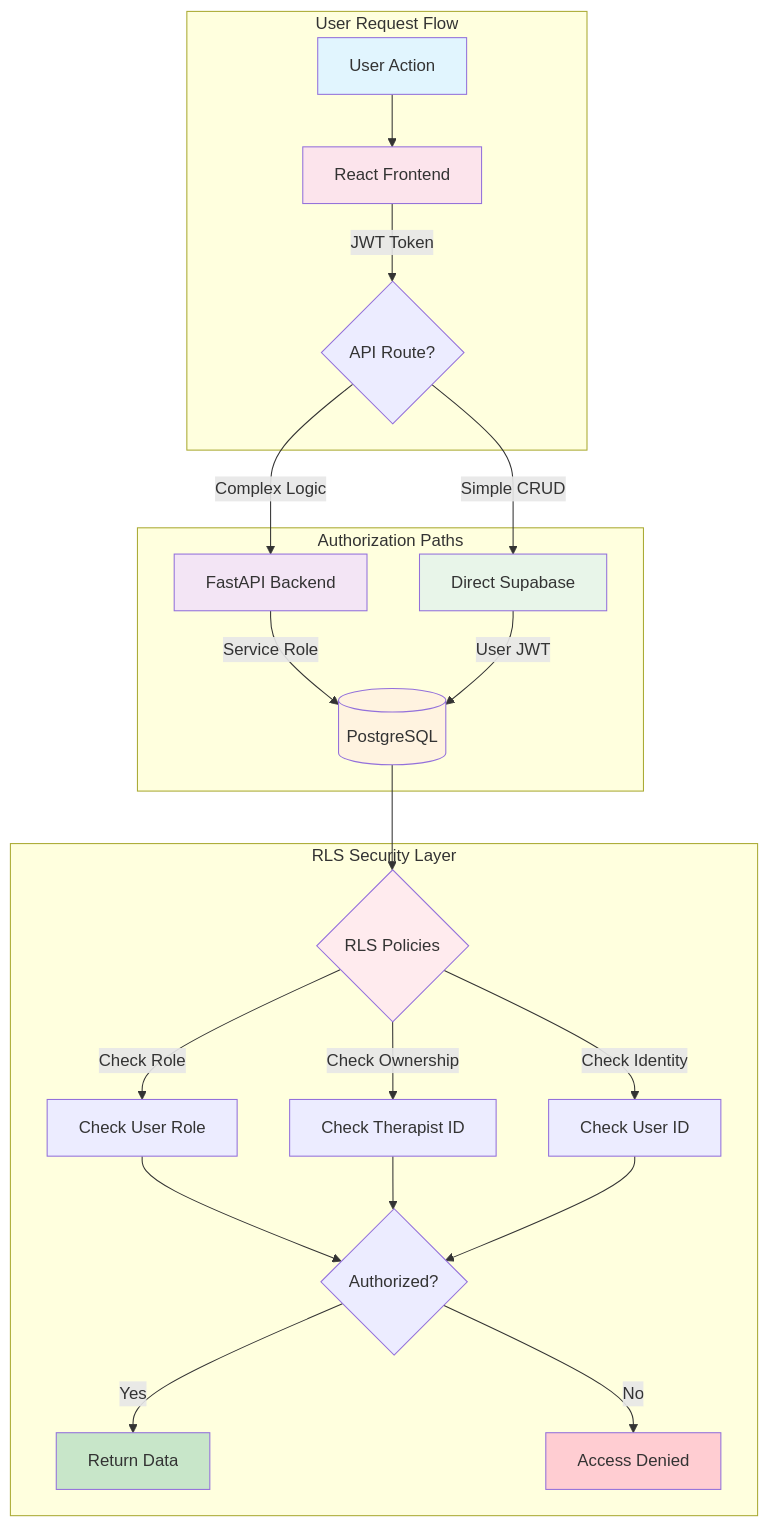
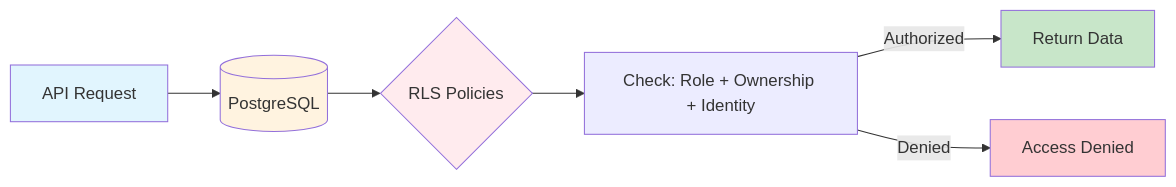
The third of 3 diagrams in docusaurus/docs/backend.md (ggustin93/emg-c3d-analyzer), drawn with Mermaid before and after one commit. The commit also changed other lines of this file and 1 other file, not shown here.

Commit message:
docs: improve accuracy and simplify technical documentation
- Add accurate Coverage Analysis section to testing.md with real metrics (24% backend, Vitest frontend)
- Remove false claims about test counts (was claiming 227 tests with 100% pass rate)
- Simplify overly complex RLS diagram in backend.md for better readability
- Remove unverifiable quality gate percentages from test flow diagram
- Update test execution commands to remove specific test counts
- Maintain professional tone while ensuring technical accuracy

````diff
--- a/docusaurus/docs/backend.md
+++ b/docusaurus/docs/backend.md
@@ -172,39 +172,14 @@
 ```mermaid
-graph TB
-    subgraph "User Request Flow"
-        User[User Action] --> Frontend[React Frontend]
-        Frontend --> |JWT Token| API{API Route?}
-    end
+graph LR
+    Request[API Request] --> DB[(PostgreSQL)]
+    DB --> RLS{RLS Policies}
+    RLS --> Check[Check: Role + Ownership + Identity]
+    Check --> |Authorized| Data[Return Data]
+    Check --> |Denied| Block[Access Denied]
     
-    subgraph "Authorization Paths"
-        API -->|Complex Logic| FastAPI[FastAPI Backend]
-        API -->|Simple CRUD| DirectDB[Direct Supabase]
-        
-        FastAPI --> |Service Role| DB[(PostgreSQL)]
-        DirectDB --> |User JWT| DB
-    end
-    
-    subgraph "RLS Security Layer"
-        DB --> RLS{RLS Policies}
-        
-        RLS --> |Check Role| Role[Check User Role]
-        RLS --> |Check Ownership| Therapist[Check Therapist ID]
-        RLS --> |Check Identity| Auth[Check User ID]
-        
-        Role --> Decision{Authorized?}
-        Therapist --> Decision
-        Auth --> Decision
-        
-        Decision -->|Yes| Data[Return Data]
-        Decision -->|No| Denied[Access Denied]
-    end
-    
-    style User fill:#e1f5fe
-    style Frontend fill:#fce4ec
-    style FastAPI fill:#f3e5f5
-    style DirectDB fill:#e8f5e9
+    style Request fill:#e1f5fe
     style DB fill:#fff3e0
     style RLS fill:#ffebee
     style Data fill:#c8e6c9
-    style Denied fill:#ffcdd2
+    style Block fill:#ffcdd2
 ```
````
